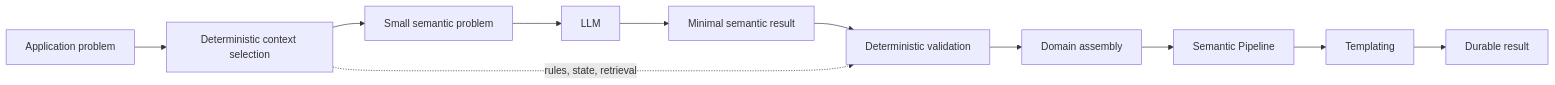
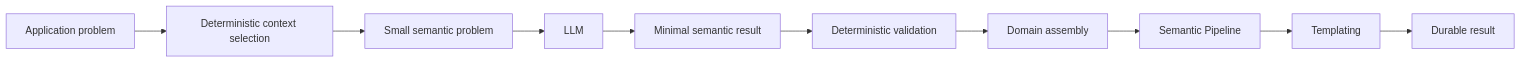
The first of 8 diagrams in README.md (Augmentedjs/llm_efficiency), drawn with Mermaid before and after one commit. The commit also changed other lines of this file, not shown here.

Commit message:
Clean README and fix GitHub Mermaid rendering

````diff
--- a/README.md
+++ b/README.md
@@ -76,14 +64,12 @@
 ```mermaid
-flowchart LR
-    A["Application problem"] --> B["Deterministic context selection"]
-    B --> C["Small semantic problem"]
-    C --> D["LLM"]
-    D --> E["Minimal semantic result"]
-    E --> F["Deterministic validation"]
-    F --> G["Domain assembly"]
-    G --> H["Semantic Pipeline"]
-    H --> I["Templating"]
-    I --> J["Durable result"]
-
-    B -. "rules, state, retrieval" .-> F
+graph LR;
+    A[Application problem] --> B[Deterministic context selection];
+    B --> C[Small semantic problem];
+    C --> D[LLM];
+    D --> E[Minimal semantic result];
+    E --> F[Deterministic validation];
+    F --> G[Domain assembly];
+    G --> H[Semantic Pipeline];
+    H --> I[Templating];
+    I --> J[Durable result];
 ```
````
